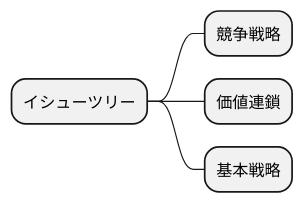
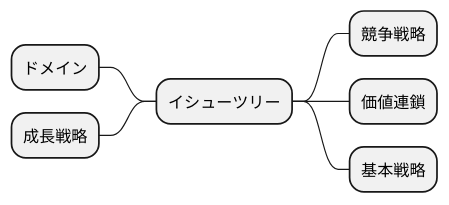
Before and after one commit to k2works/claude-code-booster: diagram 11 of 19 in lib/assets/docs/template/企業分析.md, drawn with PlantUML. The commit also changed other lines of this file and 1 other file, not shown here.

````diff
--- a/lib/assets/docs/template/企業分析.md
+++ b/lib/assets/docs/template/企業分析.md
@@ -170,8 +188,11 @@
 ```plantuml
 @startmindmap
 * イシューツリー
 ** 競争戦略
 ** 価値連鎖
 ** 基本戦略
+left side
+** ドメイン
+** 成長戦略
 @endmindmap
 ```
````
